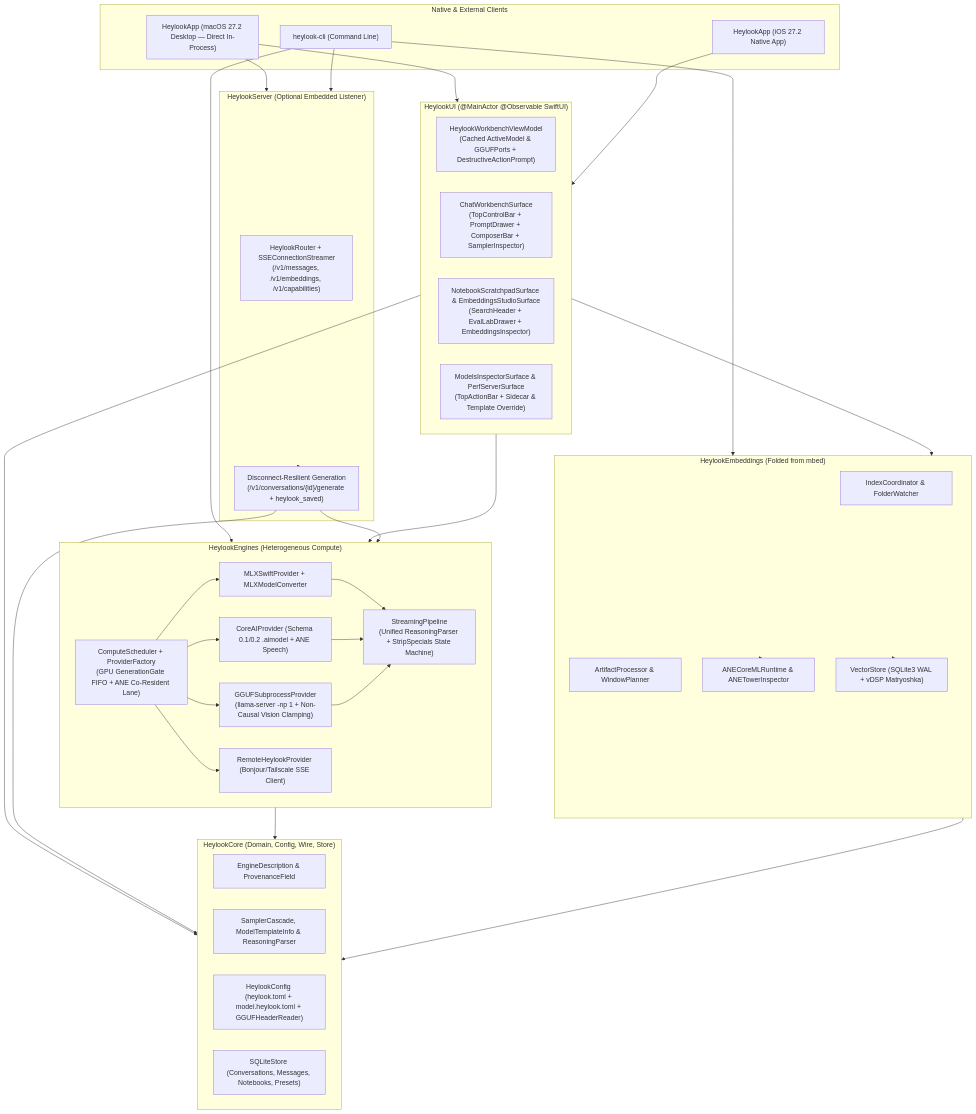
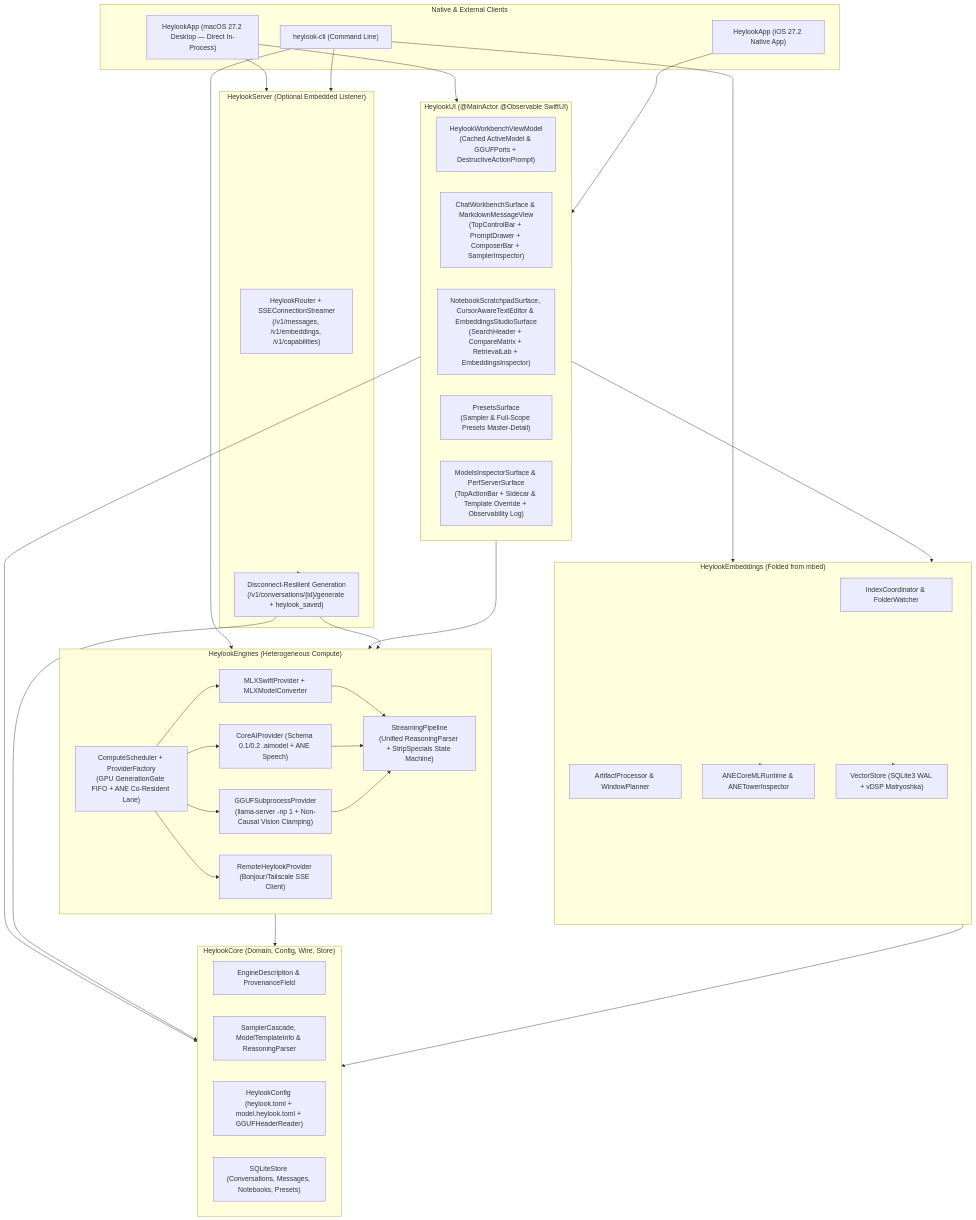
The diagram in docs/wiki/architecture_overview.md (fblissjr/heylookitsanllm-macos), drawn with Mermaid before and after one commit. The commit also changed other lines of this file and 42 other files, not shown here.

First line of the commit message:
feat: complete engine, Jinja2 AST, wire API, SQLite store, and 6-surface workbench parity

````diff
--- a/docs/wiki/architecture_overview.md
+++ b/docs/wiki/architecture_overview.md
@@ -21,67 +21,68 @@
 ```mermaid
 flowchart TB
     subgraph Clients["Native & External Clients"]
         MacDesktop["HeylookApp (macOS 27.2 Desktop — Direct In-Process)"]
         IOSClient["HeylookApp (iOS 27.2 Native App)"]
         CLI["heylook-cli (Command Line)"]
     end
 
     subgraph SharedUI["HeylookUI (@MainActor @Observable SwiftUI)"]
         VM["HeylookWorkbenchViewModel\n(Cached ActiveModel & GGUFPorts + DestructiveActionPrompt)"]
-        ChatSurface["ChatWorkbenchSurface\n(TopControlBar + PromptDrawer + ComposerBar + SamplerInspector)"]
-        NotebookSurface["NotebookScratchpadSurface & EmbeddingsStudioSurface\n(SearchHeader + EvalLabDrawer + EmbeddingsInspector)"]
-        ModelsSurface["ModelsInspectorSurface & PerfServerSurface\n(TopActionBar + Sidecar & Template Override)"]
+        ChatSurface["ChatWorkbenchSurface & MarkdownMessageView\n(TopControlBar + PromptDrawer + ComposerBar + SamplerInspector)"]
+        NotebookSurface["NotebookScratchpadSurface, CursorAwareTextEditor & EmbeddingsStudioSurface\n(SearchHeader + CompareMatrix + RetrievalLab + EmbeddingsInspector)"]
+        PresetsSurface["PresetsSurface\n(Sampler & Full-Scope Presets Master-Detail)"]
+        ModelsSurface["ModelsInspectorSurface & PerfServerSurface\n(TopActionBar + Sidecar & Template Override + Observability Log)"]
     end
 
     subgraph ServerLayer["HeylookServer (Optional Embedded Listener)"]
         Router["HeylookRouter + SSEConnectionStreamer\n(/v1/messages, /v1/embeddings, /v1/capabilities)"]
         GenCoord["Disconnect-Resilient Generation\n(/v1/conversations/{id}/generate + heylook_saved)"]
     end
 
     subgraph EngineLayer["HeylookEngines (Heterogeneous Compute)"]
         Sched["ComputeScheduler + ProviderFactory\n(GPU GenerationGate FIFO + ANE Co-Resident Lane)"]
         Pipe["StreamingPipeline\n(Unified ReasoningParser + StripSpecials State Machine)"]
         MLX["MLXSwiftProvider + MLXModelConverter"]
         CoreAI["CoreAIProvider (Schema 0.1/0.2 .aimodel + ANE Speech)"]
         GGUF["GGUFSubprocessProvider\n(llama-server -np 1 + Non-Causal Vision Clamping)"]
         Remote["RemoteHeylookProvider (Bonjour/Tailscale SSE Client)"]
     end
 
     subgraph EmbeddingLayer["HeylookEmbeddings (Folded from mbed)"]
         Idx["IndexCoordinator & FolderWatcher"]
         Proc["ArtifactProcessor & WindowPlanner"]
         ANE["ANECoreMLRuntime & ANETowerInspector"]
         Vec["VectorStore (SQLite3 WAL + vDSP Matryoshka)"]
     end
 
     subgraph CoreLayer["HeylookCore (Domain, Config, Wire, Store)"]
         EDesc["EngineDescription & ProvenanceField"]
         Cascade["SamplerCascade, ModelTemplateInfo & ReasoningParser"]
         TOML["HeylookConfig (heylook.toml + model.heylook.toml + GGUFHeaderReader)"]
         SQL["SQLiteStore (Conversations, Messages, Notebooks, Presets)"]
     end
 
     MacDesktop --> SharedUI
     MacDesktop --> ServerLayer
     IOSClient --> SharedUI
     CLI --> ServerLayer
     CLI --> EngineLayer
     CLI --> EmbeddingLayer
     SharedUI --> EngineLayer
     SharedUI --> EmbeddingLayer
     SharedUI --> CoreLayer
     ServerLayer --> GenCoord
     GenCoord --> EngineLayer
     GenCoord --> CoreLayer
     Sched --> MLX
     Sched --> CoreAI
     Sched --> GGUF
     Sched --> Remote
     MLX --> Pipe
     CoreAI --> Pipe
     GGUF --> Pipe
     EmbeddingLayer --> ANE
     EmbeddingLayer --> Vec
     EngineLayer --> CoreLayer
     EmbeddingLayer --> CoreLayer
 ```
````
